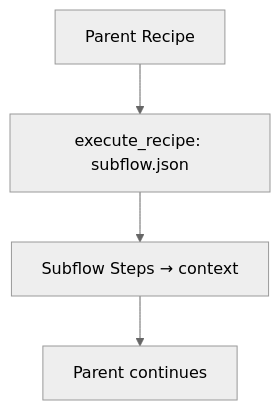
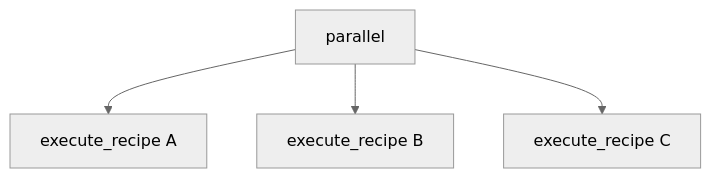
The fourth of 5 diagrams in ai_context/generated/RECIPE_JSON_AUTHORING_GUIDE.md (robotdad/recipe-tool), drawn with Mermaid (neutral theme) before and after one commit. The commit also changed other lines of this file and 19 other files, not shown here.

````diff
--- a/ai_context/generated/RECIPE_JSON_AUTHORING_GUIDE.md
+++ b/ai_context/generated/RECIPE_JSON_AUTHORING_GUIDE.md
@@ -1495,6 +2196,7 @@
 ```mermaid
-flowchart TD
-  A[Parent Recipe] --> B[execute_recipe: subflow.json]
-  B --> C[Subflow Steps → context]
-  C --> D[Parent continues]
+graph TD
+    P[parallel]
+    P --> A[execute_recipe A]
+    P --> B[execute_recipe B]
+    P --> C[execute_recipe C]
 ```
````
